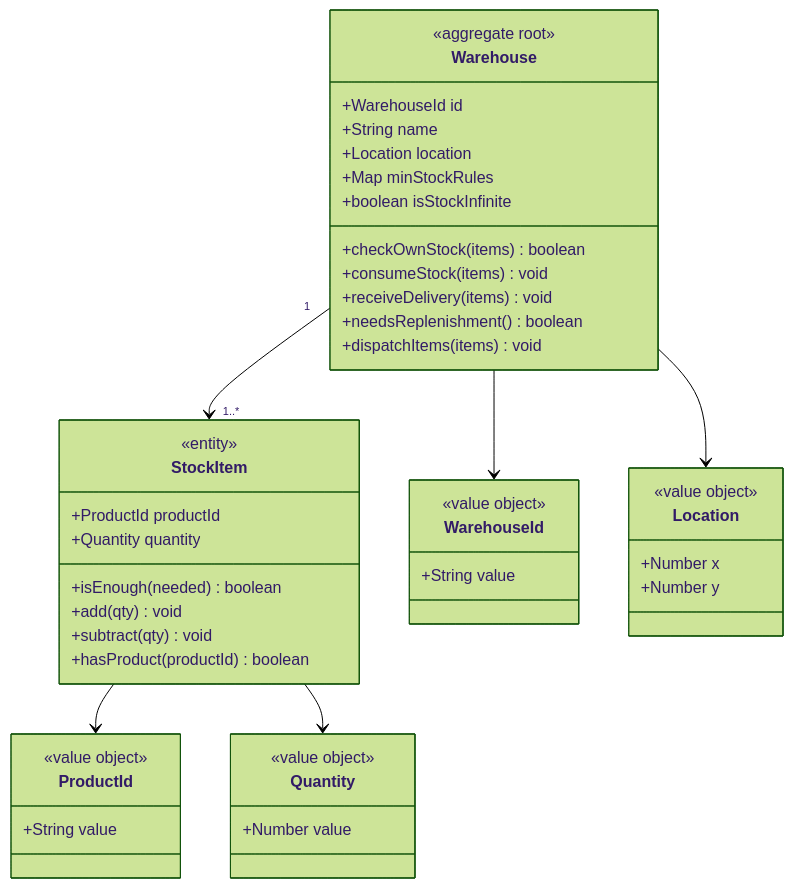
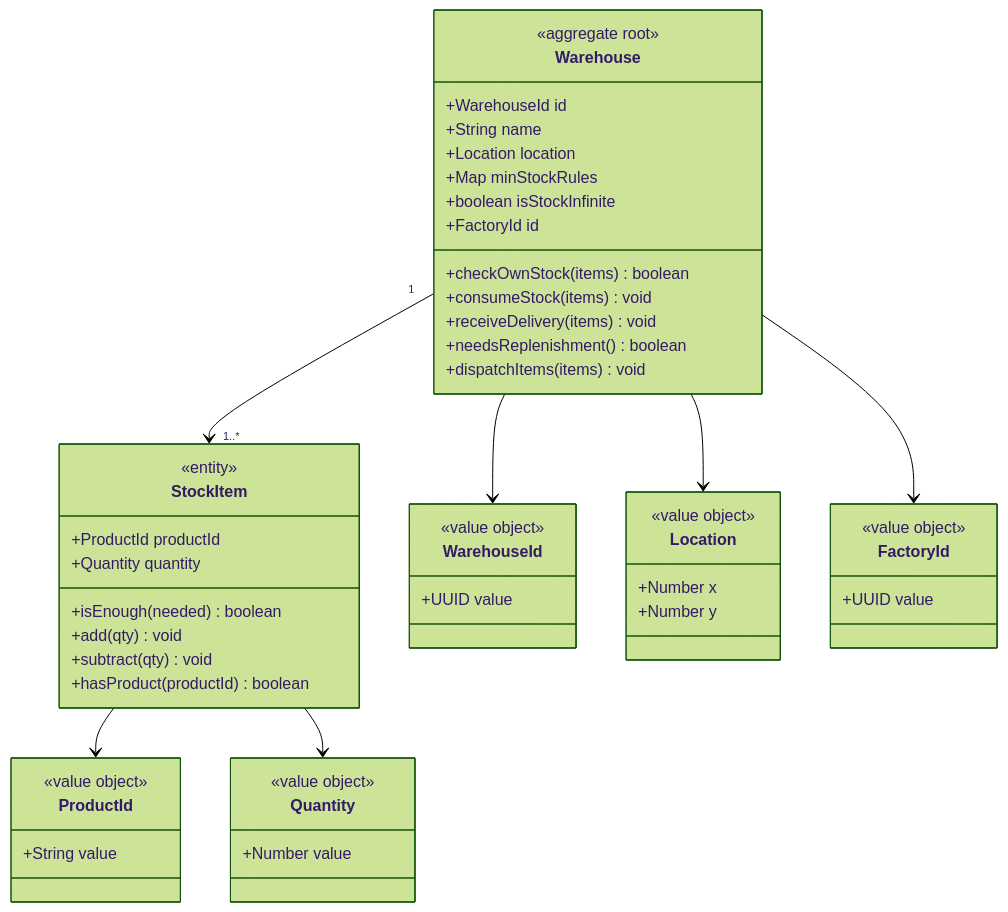
Before and after one commit to Esmeralda6/Warehouse-Workshop: the first of 5 diagrams in README.md, drawn with Mermaid (forest theme). The commit also changed other lines of this file, not shown here.

Commit message:
feat: added valueObject FactoryId

````diff
--- a/README.md
+++ b/README.md
@@ -5,47 +5,53 @@
 ```mermaid
 classDiagram
     class Warehouse {
         <<aggregate root>>
         +WarehouseId id
         +String name
         +Location location
         +Map minStockRules
         +boolean isStockInfinite
+        +FactoryId id
         +checkOwnStock(items) boolean
         +consumeStock(items) void
         +receiveDelivery(items) void
         +needsReplenishment() boolean
         +dispatchItems(items) void
     }
     class StockItem {
         <<entity>>
         +ProductId productId
         +Quantity quantity
         +isEnough(needed) boolean
         +add(qty) void
         +subtract(qty) void
         +hasProduct(productId) boolean
     }
     class WarehouseId {
         <<value object>>
-        +String value
+        +UUID value
     }
     class Location {
         <<value object>>
         +Number x
         +Number y
     }
     class Quantity {
         <<value object>>
         +Number value
     }
     class ProductId {
         <<value object>>
         +String value
     }
+    class FactoryId {
+        <<value object>>
+        +UUID value
+}
     Warehouse "1" --> "1..*" StockItem
     Warehouse --> WarehouseId
     Warehouse --> Location
+    Warehouse --> FactoryId
     StockItem --> ProductId
     StockItem --> Quantity
 ```
````
